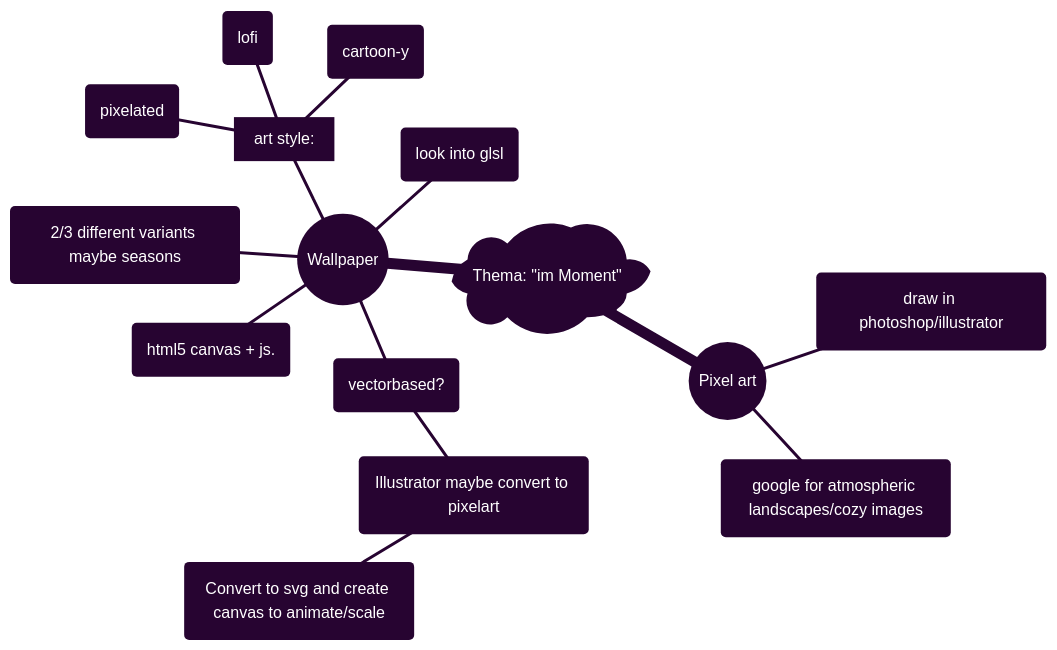
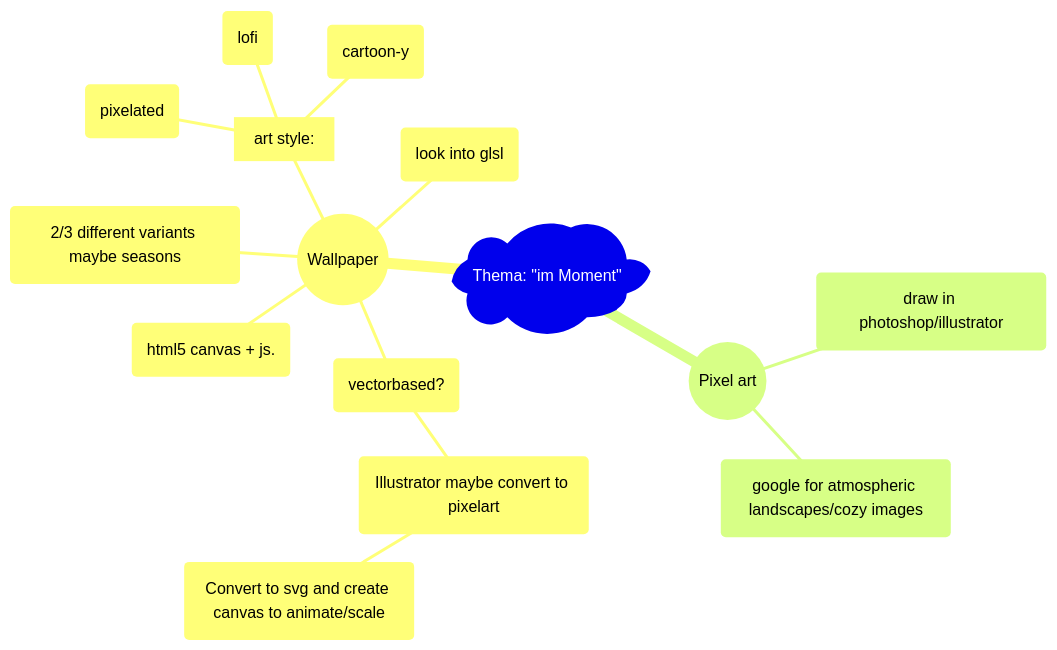
One commit to flononymus/im-Moment-enzian- changed the diagram in README.md. Above: the diagram before and after it, drawn with Mermaid. The commit also changed other lines of this file and 2 other files, not shown here.

Commit message:
some formatting changes

````diff
--- a/README.md
+++ b/README.md
@@ -106,41 +109,28 @@
 ```mermaid
-%%{
-  init: {
-    'theme': 'base',
-    'themeVariables': {
-      'primaryColor': '#850FA6',
-      'primaryTextColor': '#fff',
-      'primaryBorderColor': '#fff',
-      'lineColor': '#fff',
-      'secondaryColor': '#850FA6',
-      'tertiaryColor': '#850FA6'
-    }
-  }
-}%%
 mindmap
     )Thema: "im Moment"(
 
         ((Wallpaper))
             (vectorbased?)
                 (Illustrator maybe convert to pixelart)
                     (Convert to svg and create canvas to animate/scale)
 
             [art style:] 
                 (cartoon-y)
                 (pixelated)
                 ("lofi")
 
             (2/3 different variants maybe seasons)
 
             (look into glsl)
 
             (html5 canvas + js.)
 
         ((Pixel art))
 
             (draw in photoshop/illustrator)
 
             (google for atmospheric landscapes/cozy images)
 
 
 ```
````
